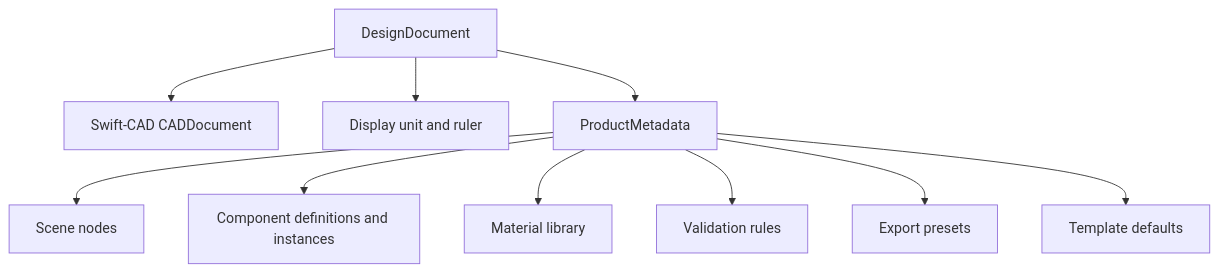
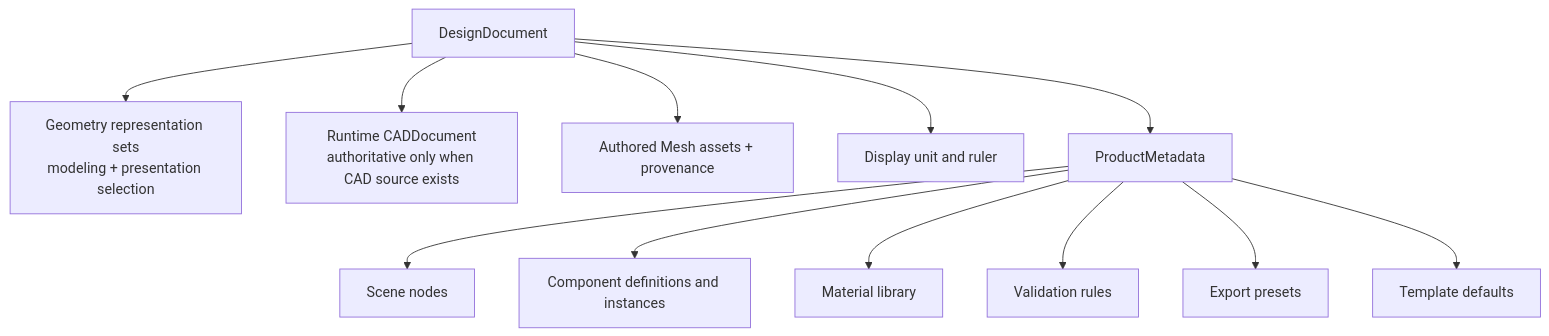
Before and after one commit to 1amageek/Rupa: the sixth of 27 diagrams in Rupa/SPEC.md, drawn with Mermaid. The commit also changed other lines of this file and 5 other files, not shown here.

````diff
--- a/Rupa/SPEC.md
+++ b/Rupa/SPEC.md
@@ -491,12 +423,14 @@
 ```mermaid
 flowchart TD
-    DesignDocument["DesignDocument"] --> CAD["Swift-CAD CADDocument"]
+    DesignDocument["DesignDocument"] --> Representations["Geometry representation sets<br/>modeling + presentation selection"]
+    DesignDocument --> CAD["Runtime CADDocument<br/>authoritative only when CAD source exists"]
+    DesignDocument --> Mesh["Authored Mesh assets + provenance"]
     DesignDocument --> Settings["Display unit and ruler"]
     DesignDocument --> Metadata["ProductMetadata"]
     Metadata --> Scene["Scene nodes"]
     Metadata --> Components["Component definitions and instances"]
     Metadata --> Materials["Material library"]
     Metadata --> Validation["Validation rules"]
     Metadata --> Exports["Export presets"]
     Metadata --> Templates["Template defaults"]
 ```
````
